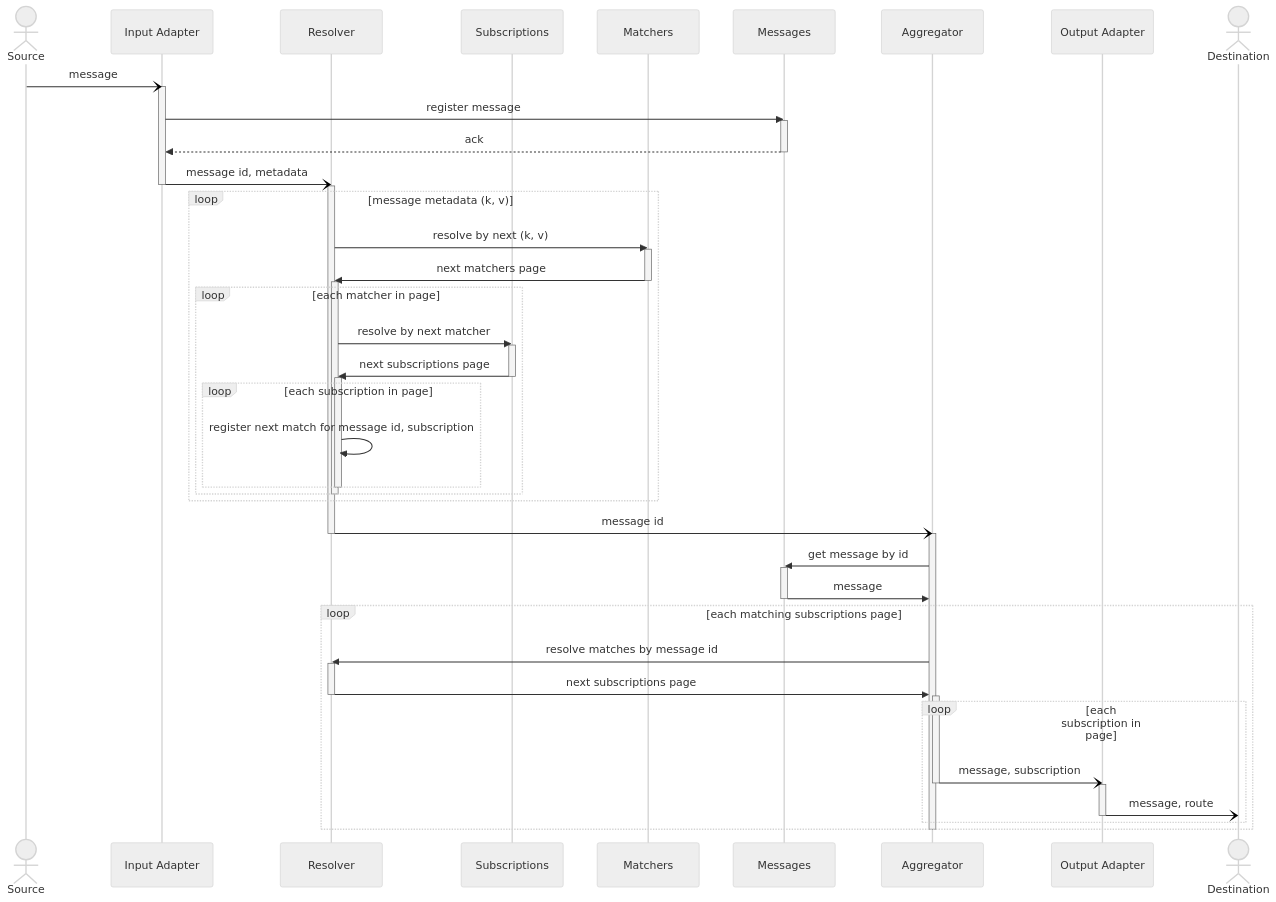
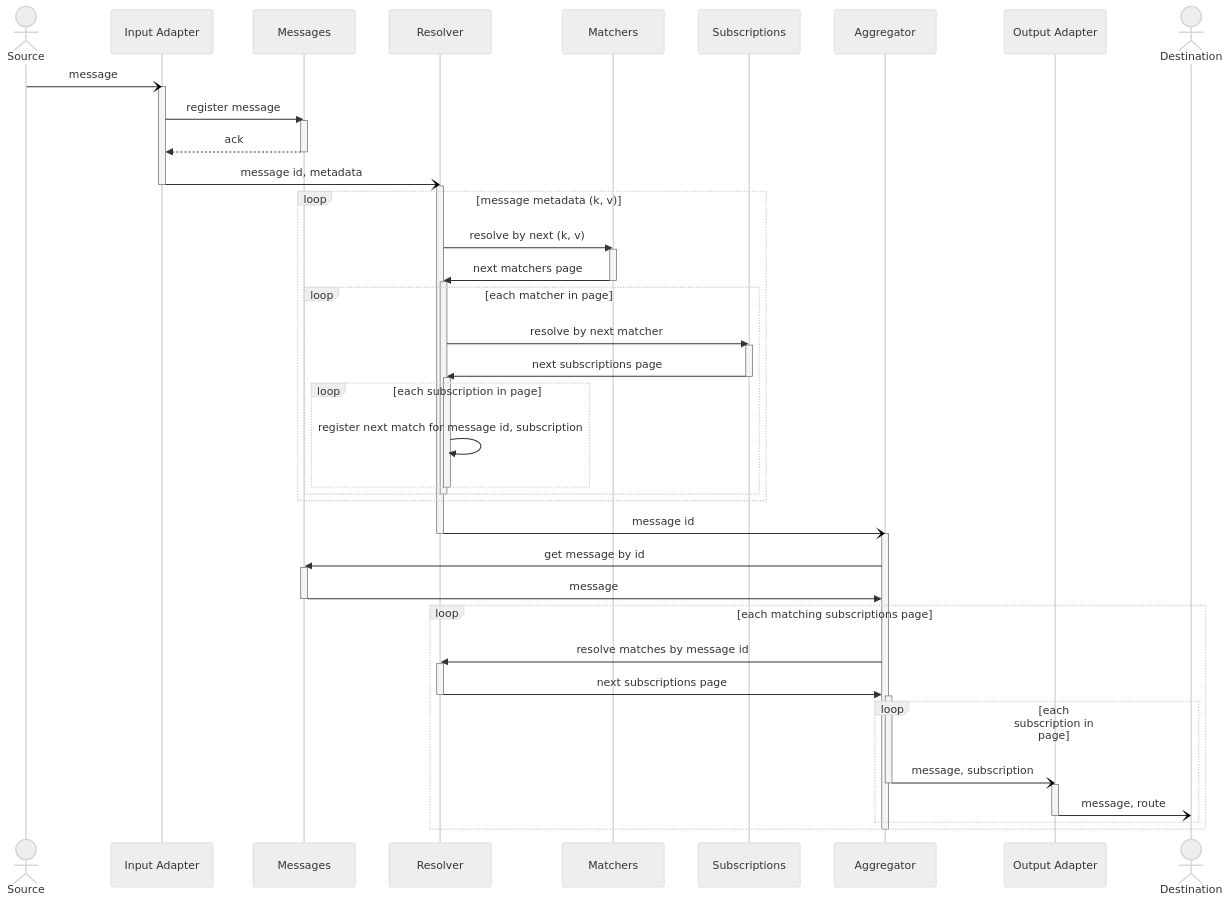
The diagram in profile/README.md (awakari/.github), drawn with Mermaid before and after one commit. The commit also changed other lines of this file, not shown here.

````diff
--- a/profile/README.md
+++ b/profile/README.md
@@ -13,80 +13,80 @@
 ```mermaid
 %%{init: {'theme': 'neutral' } }%%
 sequenceDiagram
 
     actor Source
     participant Input Adapter
+    participant Messages
     participant Resolver
+    participant Matchers
     participant Subscriptions
-    participant Matchers
-    participant Messages
     participant Aggregator
     participant Output Adapter
     actor Destination
 
     Source-)Input Adapter: message
     activate Input Adapter
     
     Input Adapter->>Messages: register message
     activate Messages
     Messages-->>Input Adapter: ack
     deactivate Messages
     
     Input Adapter-)Resolver: message id, metadata
     deactivate Input Adapter
     activate Resolver
     
     loop message metadata (k, v)
     
         Resolver->>Matchers: resolve by next (k, v)
         activate Matchers
         Matchers->>Resolver: next matchers page
         deactivate Matchers
         
         activate Resolver
         loop each matcher in page
             
             Resolver->>Subscriptions: resolve by next matcher
             activate Subscriptions
             Subscriptions->>Resolver: next subscriptions page
             deactivate Subscriptions
             
             activate Resolver
             loop each subscription in page
                 Resolver->>Resolver: register next match for message id, subscription
             end
             deactivate Resolver
             
         end
         deactivate Resolver
     end
     
     Resolver-)Aggregator: message id
     deactivate Resolver
 
     activate Aggregator
     
     Aggregator->>Messages: get message by id
     activate Messages
     Messages->>Aggregator: message
     deactivate Messages
     
     loop each matching subscriptions page
         
         Aggregator->>Resolver: resolve matches by message id
         activate Resolver
         Resolver->>Aggregator: next subscriptions page
         deactivate Resolver
         
         activate Aggregator
         loop each subscription in page
             Aggregator-)Output Adapter: message, subscription
             deactivate Aggregator
             activate Output Adapter
             Output Adapter-)Destination: message, route
             deactivate Output Adapter
         end
         
     end
     deactivate Aggregator
 ```
````
